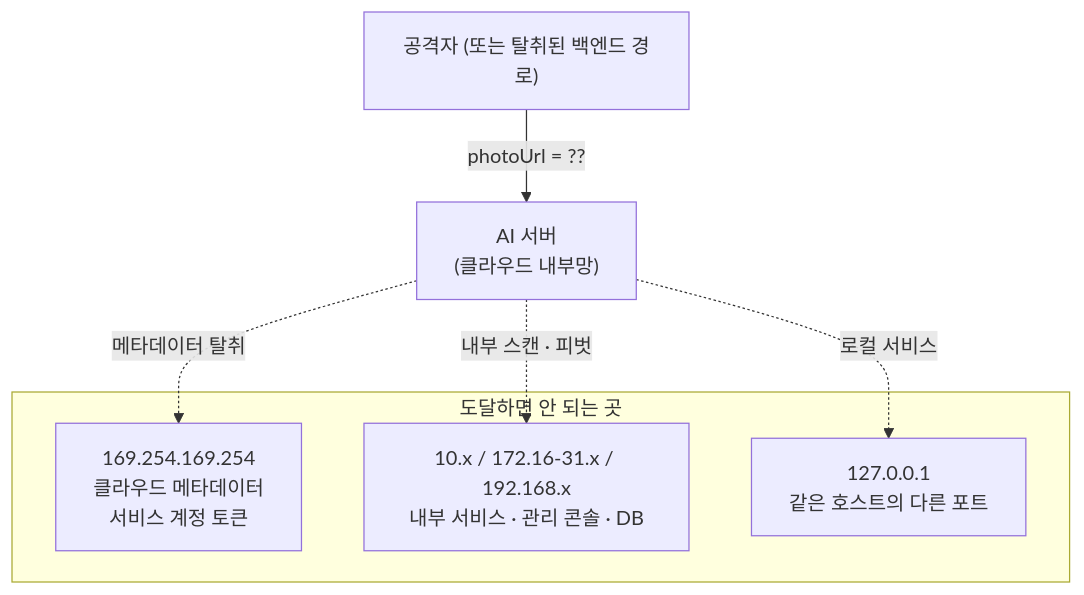
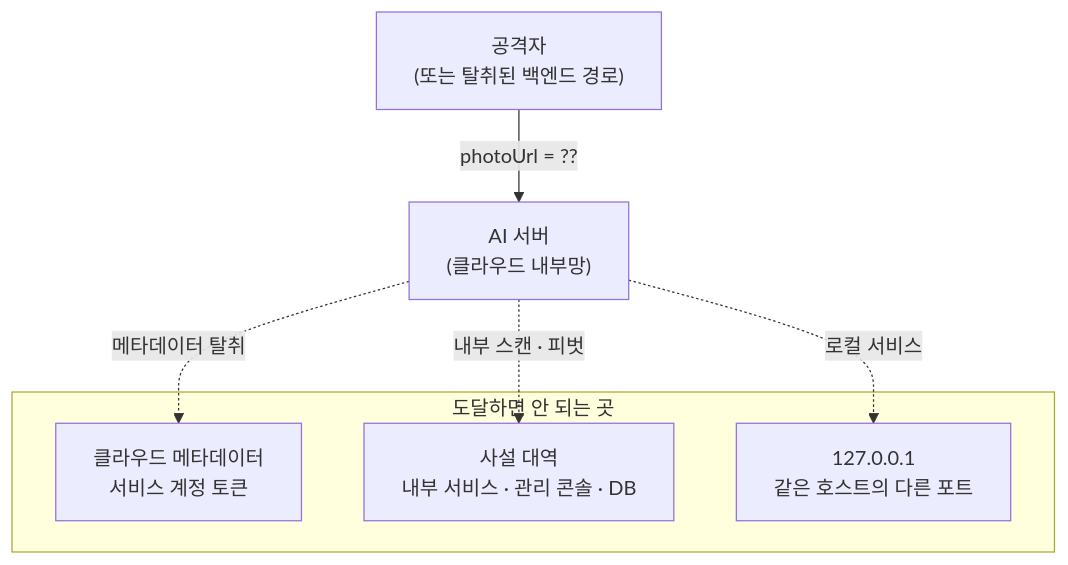
One commit to Jinacker/PortFolio changed the diagram in public/mds/kkinitalk/impl-4-ssrf.md. Above: the diagram before and after it, drawn with Mermaid. The commit also changed other lines of this file and 31 other files, not shown here.

````diff
--- a/public/mds/kkinitalk/impl-4-ssrf.md
+++ b/public/mds/kkinitalk/impl-4-ssrf.md
@@ -17,12 +13,12 @@
 ```mermaid
 flowchart TB
-    ATK["공격자 (또는 탈취된 백엔드 경로)"] -->|"photoUrl = ??"| AI["AI 서버<br/>(클라우드 내부망)"]
+    ATK["공격자<br/>(또는 탈취된 백엔드 경로)"] -->|"photoUrl = ??"| AI["AI 서버<br/>(클라우드 내부망)"]
     subgraph 내부["도달하면 안 되는 곳"]
-        META["169.254.169.254<br/>클라우드 메타데이터<br/>서비스 계정 토큰"]
-        SVC["10.x / 172.16-31.x / 192.168.x<br/>내부 서비스 · 관리 콘솔 · DB"]
+        META["클라우드 메타데이터<br/>서비스 계정 토큰"]
+        SVC["사설 대역<br/>내부 서비스 · 관리 콘솔 · DB"]
         LOCAL["127.0.0.1<br/>같은 호스트의 다른 포트"]
     end
     AI -.->|"메타데이터 탈취"| META
     AI -.->|"내부 스캔 · 피벗"| SVC
     AI -.->|"로컬 서비스"| LOCAL
 ```
````
